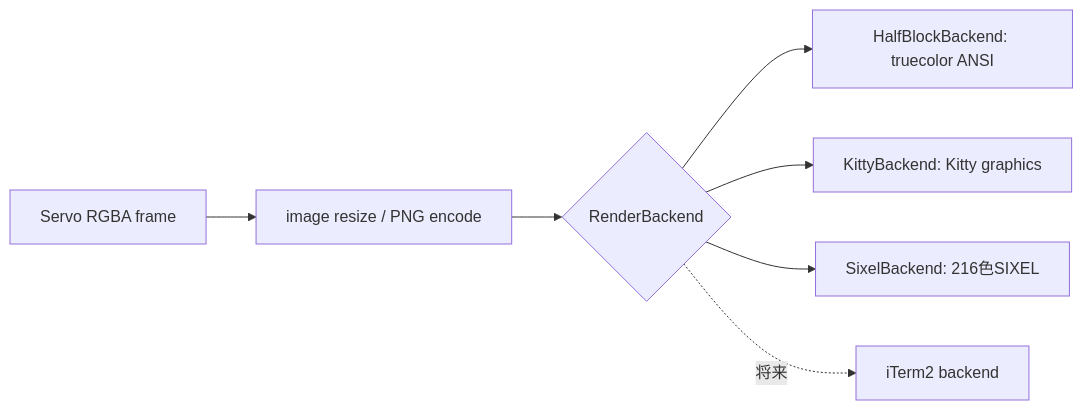
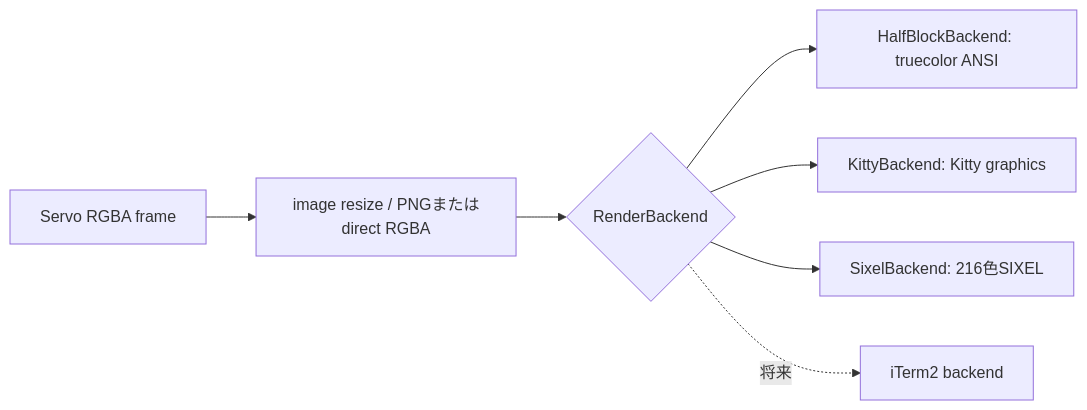
Before and after one commit to oyoguhito/fpasobrowser: the fifth of 5 diagrams in docs/flow.ja.md, drawn with Mermaid. The commit also changed 9 other files, not shown here.

````diff
--- a/docs/flow.ja.md
+++ b/docs/flow.ja.md
@@ -98,9 +98,9 @@
 ```mermaid
 flowchart LR
-    A[Servo RGBA frame] --> B[image resize / PNG encode]
+    A[Servo RGBA frame] --> B[image resize / PNGまたはdirect RGBA]
     B --> C{RenderBackend}
     C --> D[HalfBlockBackend: truecolor ANSI]
     C --> E[KittyBackend: Kitty graphics]
     C --> F[SixelBackend: 216色SIXEL]
     C -. 将来 .-> G[iTerm2 backend]
 ```
````
